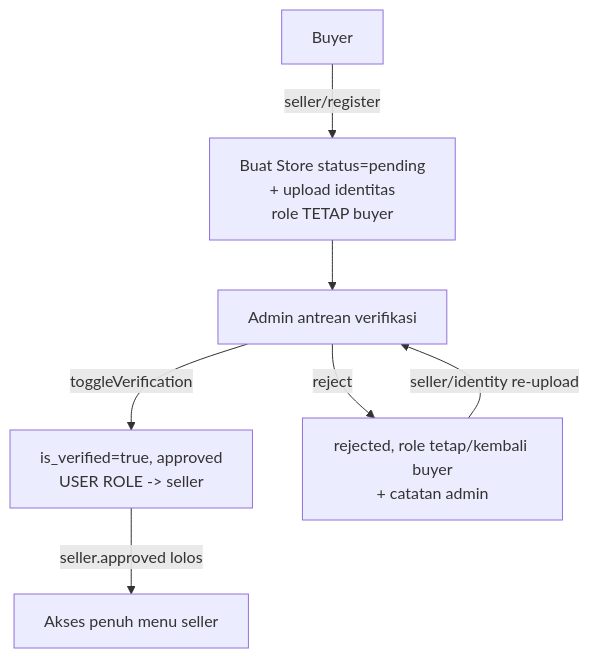
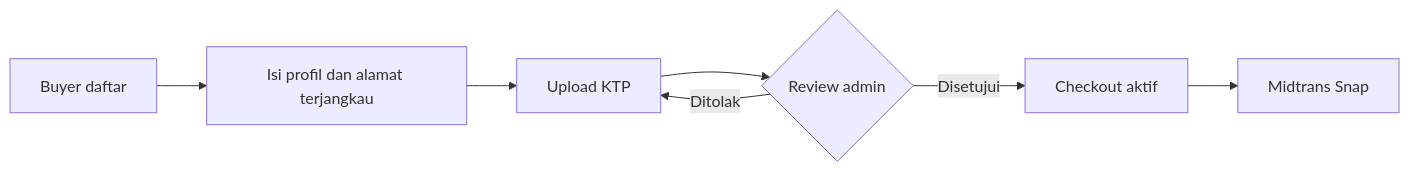
The diagram in docs/03-FLOWS.md (shendelzare7sw/DigiRack), drawn with Mermaid before and after one commit. The commit also changed other lines of this file and 109 other files, not shown here.

````diff
--- a/docs/03-FLOWS.md
+++ b/docs/03-FLOWS.md
@@ -133,9 +5,9 @@
 ```mermaid
-flowchart TD
-    A[Buyer] -->|seller/register| B[Buat Store status=pending<br/>+ upload identitas<br/>role TETAP buyer]
-    B --> C[Admin antrean verifikasi]
-    C -->|toggleVerification| D[is_verified=true, approved<br/>USER ROLE -> seller]
-    C -->|reject| E[rejected, role tetap/kembali buyer<br/>+ catatan admin]
-    D -->|seller.approved lolos| F[Akses penuh menu seller]
-    E -->|seller/identity re-upload| C
+flowchart LR
+    A[Buyer daftar] --> B[Isi profil dan alamat terjangkau]
+    B --> C[Upload KTP]
+    C --> D{Review admin}
+    D -->|Ditolak| C
+    D -->|Disetujui| E[Checkout aktif]
+    E --> F[Midtrans Snap]
 ```
````
